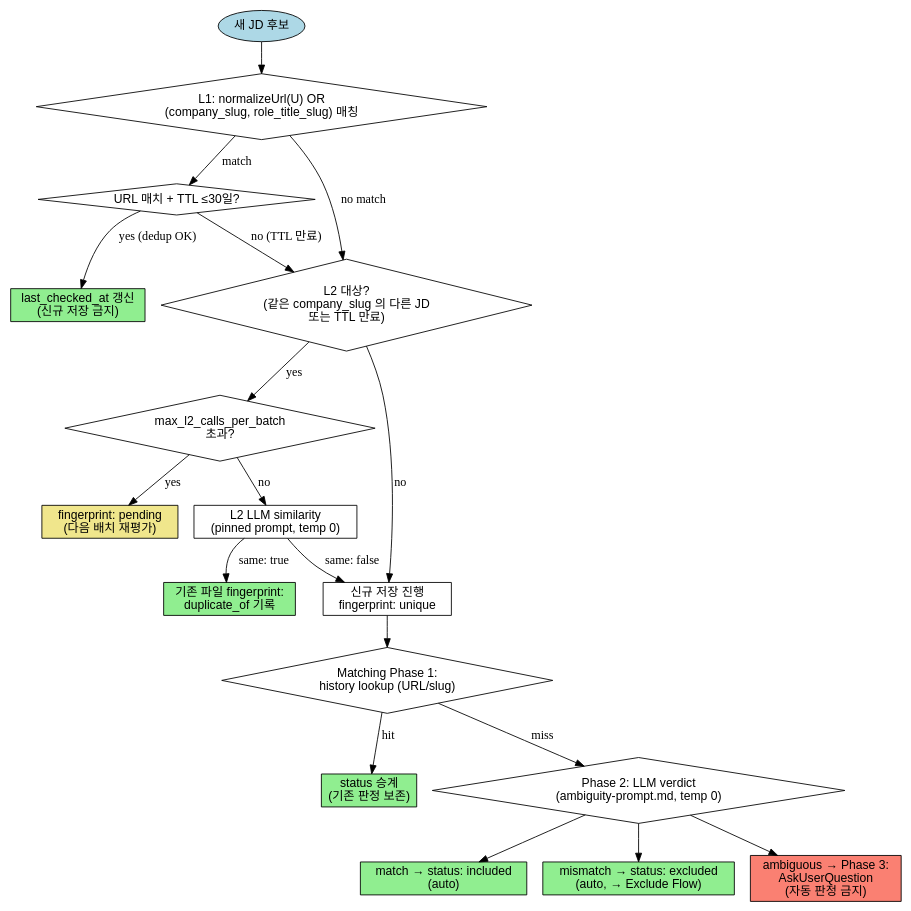
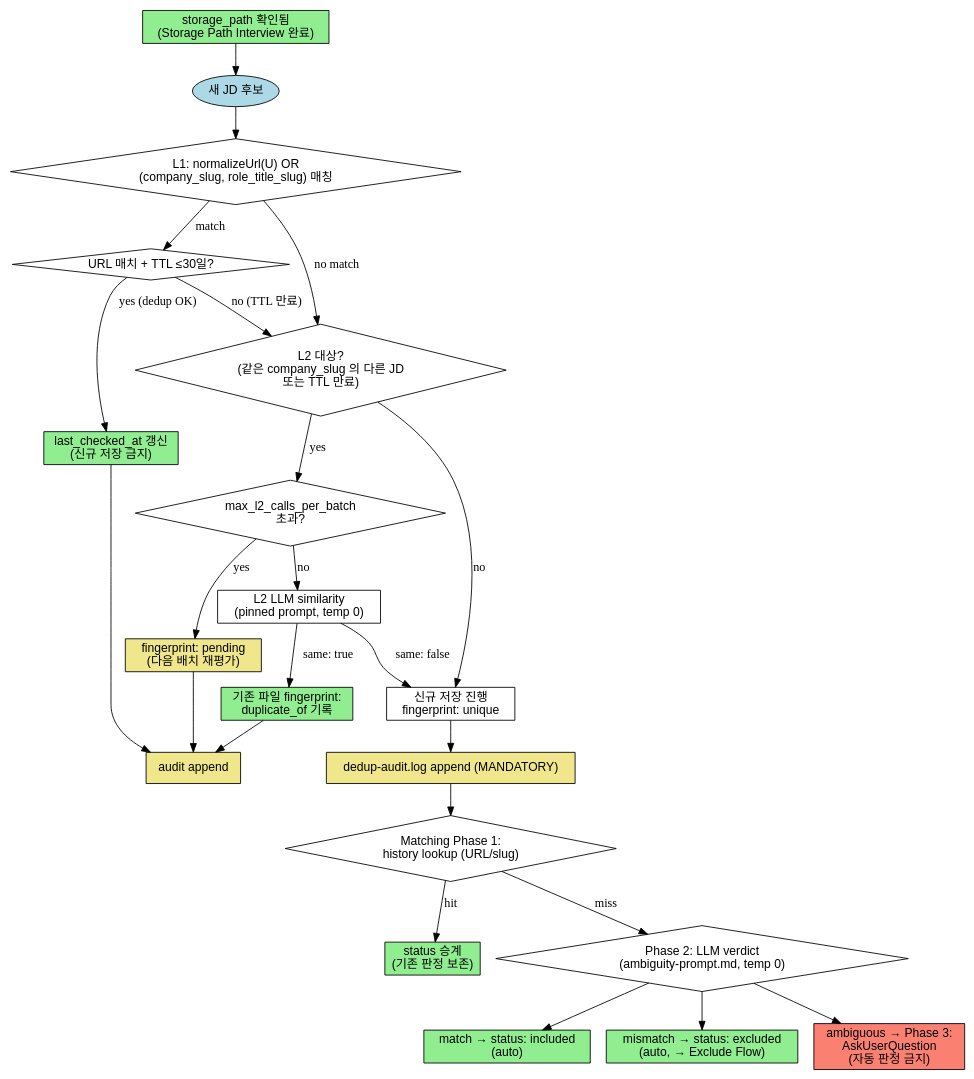
One commit to toongri/oh-my-toong-playground changed the first of 4 diagrams in skills/collect-jd/reference/rules.md. Above: the diagram before and after it, drawn with Graphviz. The commit also changed other lines of this file and 2 other files, not shown here.

Commit message:
feat: collect-jd Storage Path/Dedup Gate/Phase Task 강화

````diff
--- a/skills/collect-jd/reference/rules.md
+++ b/skills/collect-jd/reference/rules.md
@@ -33,45 +36,53 @@
 ```dot
 digraph dedup_matching_flow {
   rankdir=TB;
   node [shape=box, fontname="Helvetica"];
 
+  storage_ok [label="storage_path 확인됨\n(Storage Path Interview 완료)", style=filled, fillcolor=lightgreen];
   candidate [label="새 JD 후보", shape=ellipse, style=filled, fillcolor=lightblue];
 
   l1 [label="L1: normalizeUrl(U) OR\n(company_slug, role_title_slug) 매칭", shape=diamond];
   l1_url [label="URL 매치 + TTL ≤30일?", shape=diamond];
   update_ts [label="last_checked_at 갱신\n(신규 저장 금지)", style=filled, fillcolor=lightgreen];
 
   l2_eligible [label="L2 대상?\n(같은 company_slug 의 다른 JD\n또는 TTL 만료)", shape=diamond];
   l2_cap [label="max_l2_calls_per_batch\n초과?", shape=diamond];
   l2_pending [label="fingerprint: pending\n(다음 배치 재평가)", style=filled, fillcolor=khaki];
   l2_call [label="L2 LLM similarity\n(pinned prompt, temp 0)"];
   l2_dup [label="기존 파일 fingerprint:\nduplicate_of 기록", style=filled, fillcolor=lightgreen];
   save_unique [label="신규 저장 진행\nfingerprint: unique"];
 
+  audit [label="dedup-audit.log append (MANDATORY)", style=filled, fillcolor=khaki];
+  audit_end [label="audit append", style=filled, fillcolor=khaki];
+
   phase1 [label="Matching Phase 1:\nhistory lookup (URL/slug)", shape=diamond];
   inherit [label="status 승계\n(기존 판정 보존)", style=filled, fillcolor=lightgreen];
   phase2 [label="Phase 2: LLM verdict\n(ambiguity-prompt.md, temp 0)", shape=diamond];
   vmatch [label="match → status: included\n(auto)", style=filled, fillcolor=lightgreen];
   vmismatch [label="mismatch → status: excluded\n(auto, → Exclude Flow)", style=filled, fillcolor=lightgreen];
   vambig [label="ambiguous → Phase 3:\nAskUserQuestion\n(자동 판정 금지)", style=filled, fillcolor=salmon];
 
+  storage_ok -> candidate;
   candidate -> l1;
   l1 -> l1_url [label="match"];
   l1 -> l2_eligible [label="no match"];
   l1_url -> update_ts [label="yes (dedup OK)"];
   l1_url -> l2_eligible [label="no (TTL 만료)"];
   l2_eligible -> l2_cap [label="yes"];
   l2_eligible -> save_unique [label="no"];
   l2_cap -> l2_pending [label="yes"];
   l2_cap -> l2_call [label="no"];
   l2_call -> l2_dup [label="same: true"];
   l2_call -> save_unique [label="same: false"];
 
-  save_unique -> phase1;
+  update_ts -> audit_end;
+  l2_dup -> audit_end;
+  l2_pending -> audit_end;
+  save_unique -> audit -> phase1;
   phase1 -> inherit [label="hit"];
   phase1 -> phase2 [label="miss"];
   phase2 -> vmatch;
   phase2 -> vmismatch;
   phase2 -> vambig;
 }
 ```
````
